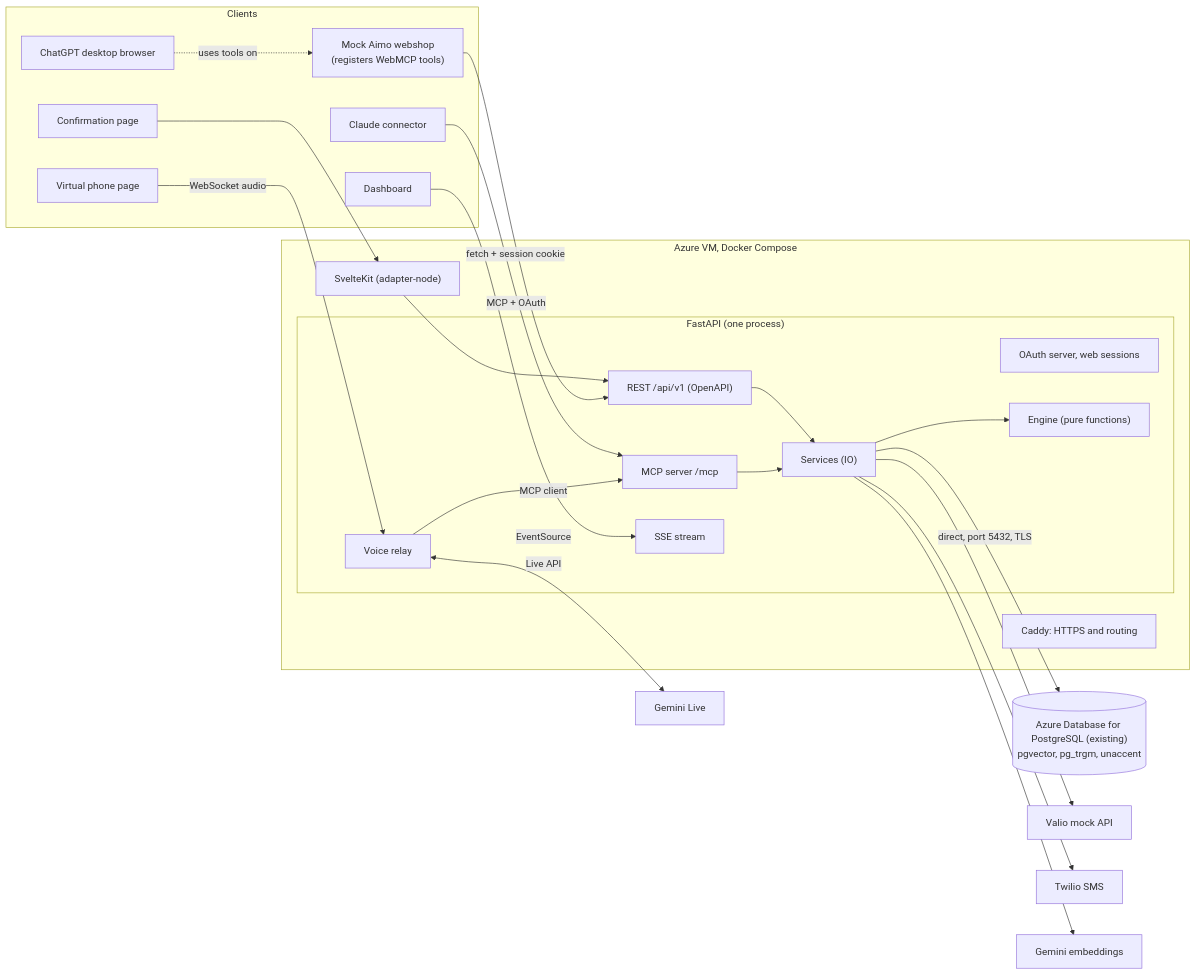
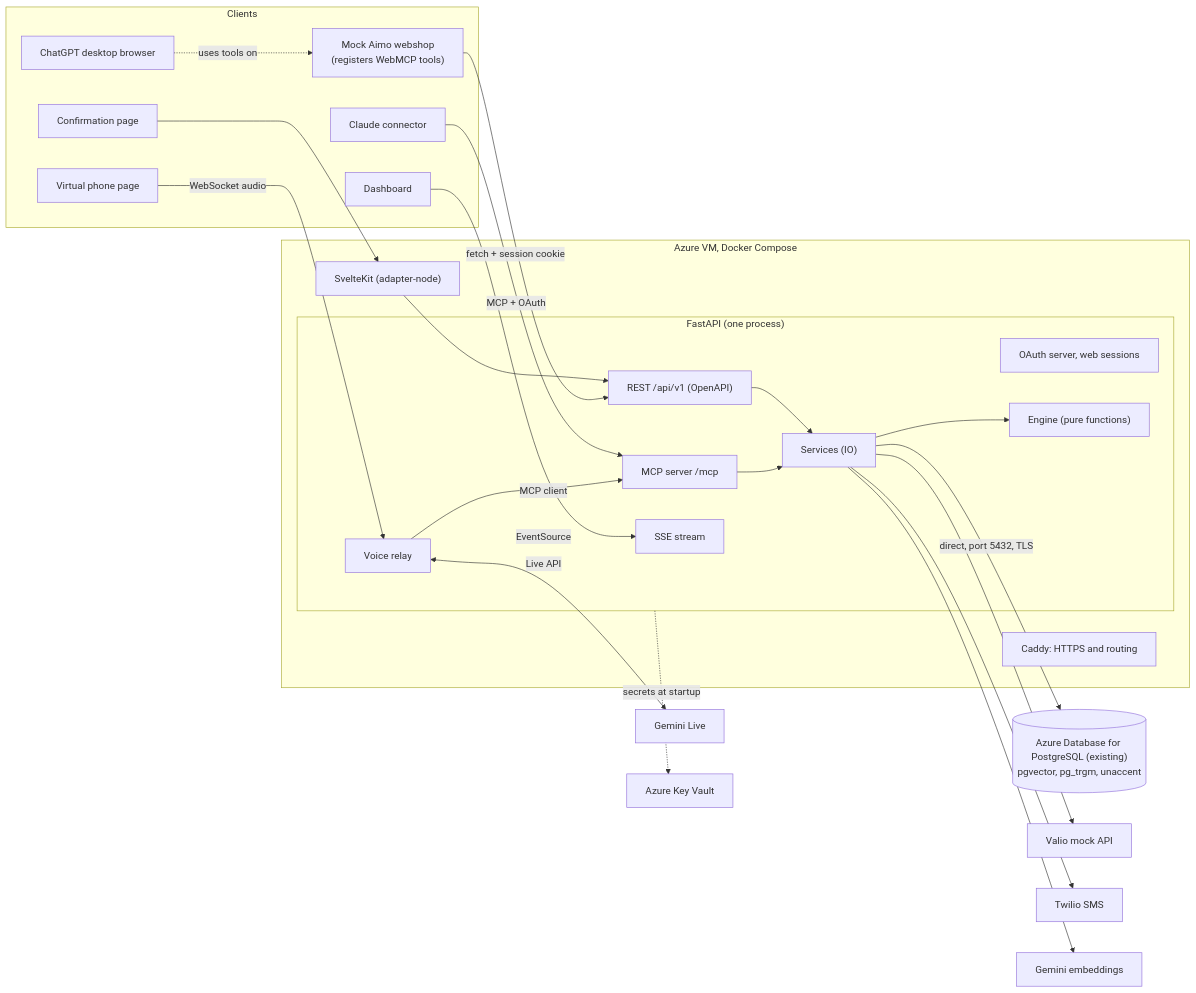
The first of 2 diagrams in technical-plan.md (Mankeli-Software/junction-2026), drawn with Mermaid before and after one commit. The commit also changed other lines of this file, not shown here.

First line of the commit message:
Split dashboard into public and private, simulated SMS inbox, Key Vault

````diff
--- a/technical-plan.md
+++ b/technical-plan.md
@@ -43,43 +47,44 @@
 ```mermaid
 flowchart LR
     subgraph Clients
         PhonePage["Virtual phone page"]
         Shop["Mock Aimo webshop<br/>(registers WebMCP tools)"]
         ChatGPT["ChatGPT desktop browser"]
         Claude["Claude connector"]
         ConfirmPage["Confirmation page"]
         DashPage["Dashboard"]
     end
 
     subgraph VM["Azure VM, Docker Compose"]
         Caddy["Caddy: HTTPS and routing"]
         subgraph API["FastAPI (one process)"]
             Relay["Voice relay"]
             MCP["MCP server /mcp"]
             REST["REST /api/v1 (OpenAPI)"]
             Auth["OAuth server, web sessions"]
             SSE["SSE stream"]
             Svc["Services (IO)"]
             Engine["Engine (pure functions)"]
         end
         Web["SvelteKit (adapter-node)"]
     end
 
     PG[("Azure Database for PostgreSQL (existing)<br/>pgvector, pg_trgm, unaccent")]
 
     ChatGPT -. "uses tools on" .-> Shop
     PhonePage -- "WebSocket audio" --> Relay
     Relay -- "MCP client" --> MCP
     Relay <-- "Live API" --> Gemini["Gemini Live"]
     Claude -- "MCP + OAuth" --> MCP
     Shop -- "fetch + session cookie" --> REST
     ConfirmPage --> Web --> REST
     DashPage -- "EventSource" --> SSE
     MCP --> Svc
     REST --> Svc
     Svc --> Engine
     Svc -- "direct, port 5432, TLS" --> PG
     Svc --> Valio["Valio mock API"]
     Svc --> Twilio["Twilio SMS"]
     Svc --> Emb["Gemini embeddings"]
+    API -. "secrets at startup" .-> KV["Azure Key Vault"]
 ```
````
